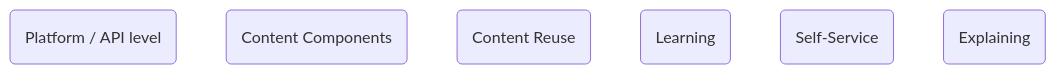
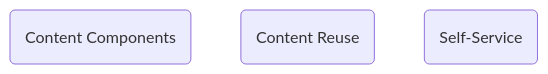
The second of 2 diagrams in overview.md (joe-dorward/samples), drawn with Mermaid before and after one commit. The commit also changed other lines of this file, not shown here.

````diff
--- a/overview.md
+++ b/overview.md
@@ -58,18 +72,17 @@
 ```mermaid
 flowchart
 
 
-PLATFORM_API("Platform / API level")
+
 
 CONTENT_COMPONENTS("Content Components")
 CONTENT_REUSE("Content Reuse")
 
-LEARNING("Learning")
 SELF_SERVICE("Self-Service")
-EXPLAINING("Explaining")
+
 
 %%I_LOVE-."working at the".-PLATFORM_API
 %%I_LOVE-.-COMPLEXITY
-%%I_LOVE-.-LEARNING
+
 %%I_LOVE-.-EXPLAINING
 ```
````
